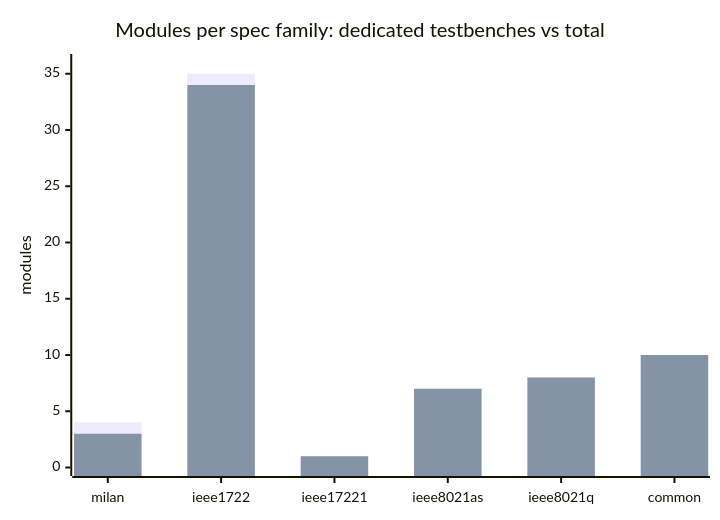
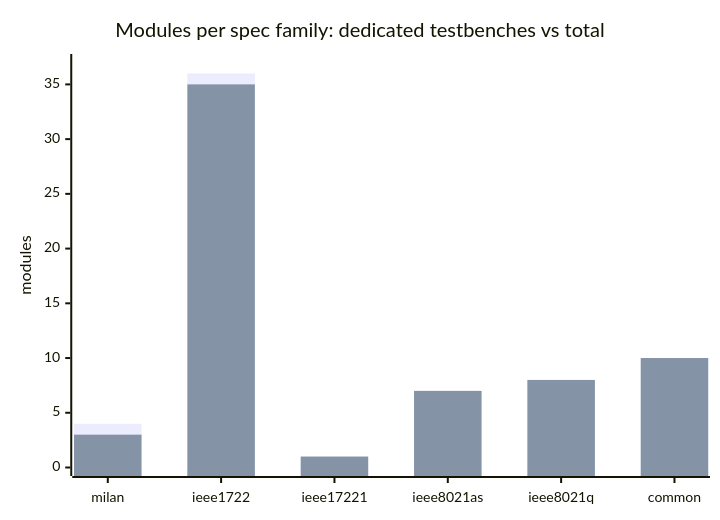
The diagram in docs/traceability/MODULE_MATRIX.md (kebag-logic/milan-fpga), drawn with Mermaid before and after one commit. The commit also changed other lines of this file and 1 other file, not shown here.

````diff
--- a/docs/traceability/MODULE_MATRIX.md
+++ b/docs/traceability/MODULE_MATRIX.md
@@ -30,8 +30,8 @@
 ```mermaid
 xychart-beta
     title "Modules per spec family: dedicated testbenches vs total"
     x-axis ["milan", "ieee1722", "ieee17221", "ieee8021as", "ieee8021q", "common"]
-    y-axis "modules" 0 --> 36
-    bar [4, 35, 1, 7, 8, 10]
-    bar [3, 34, 1, 7, 8, 10]
+    y-axis "modules" 0 --> 37
+    bar [4, 36, 1, 7, 8, 10]
+    bar [3, 35, 1, 7, 8, 10]
 ```
````
